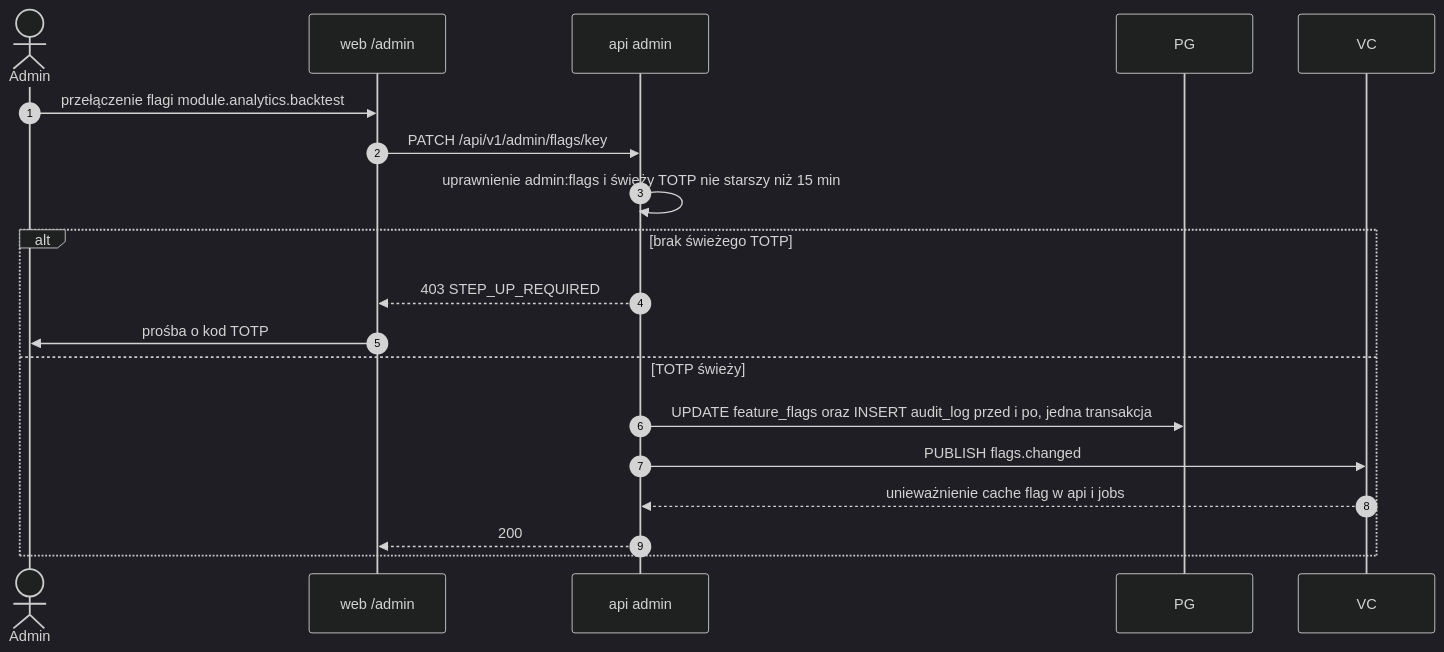
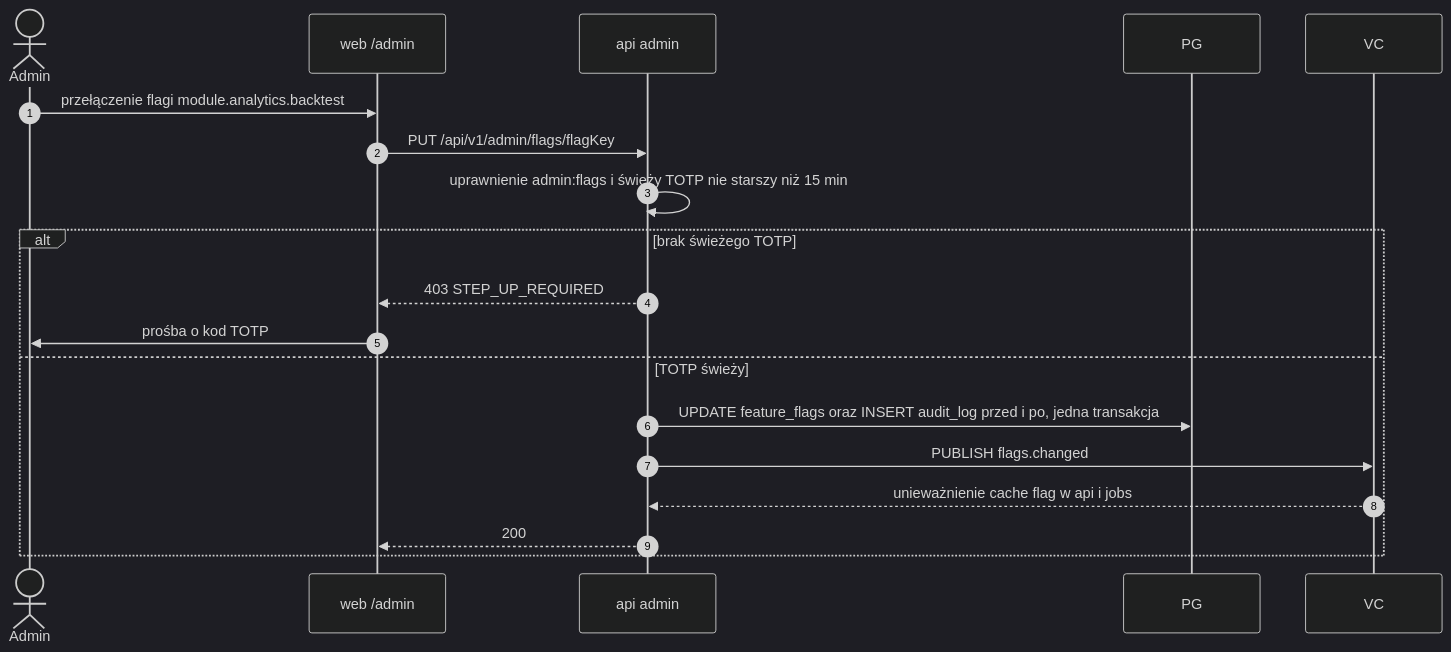
One commit to Ipper18/OligInvest changed the tenth of 11 diagrams in docs/01-architektura/przeplywy-danych.md. Above: the diagram before and after it, drawn with Mermaid (dark theme). The commit also changed other lines of this file and 35 other files, not shown here.

````diff
--- a/docs/01-architektura/przeplywy-danych.md
+++ b/docs/01-architektura/przeplywy-danych.md
@@ -284,21 +284,21 @@
 ```mermaid
 sequenceDiagram
   autonumber
   actor AD as Admin
   participant W as web /admin
   participant A as api admin
   participant DB as PG
   participant C as VC
   AD->>W: przełączenie flagi module.analytics.backtest
-  W->>A: PATCH /api/v1/admin/flags/key
+  W->>A: PUT /api/v1/admin/flags/flagKey
   A->>A: uprawnienie admin:flags i świeży TOTP nie starszy niż 15 min
   alt brak świeżego TOTP
     A-->>W: 403 STEP_UP_REQUIRED
     W->>AD: prośba o kod TOTP
   else TOTP świeży
     A->>DB: UPDATE feature_flags oraz INSERT audit_log przed i po, jedna transakcja
     A->>C: PUBLISH flags.changed
     C-->>A: unieważnienie cache flag w api i jobs
     A-->>W: 200
   end
 ```
````
